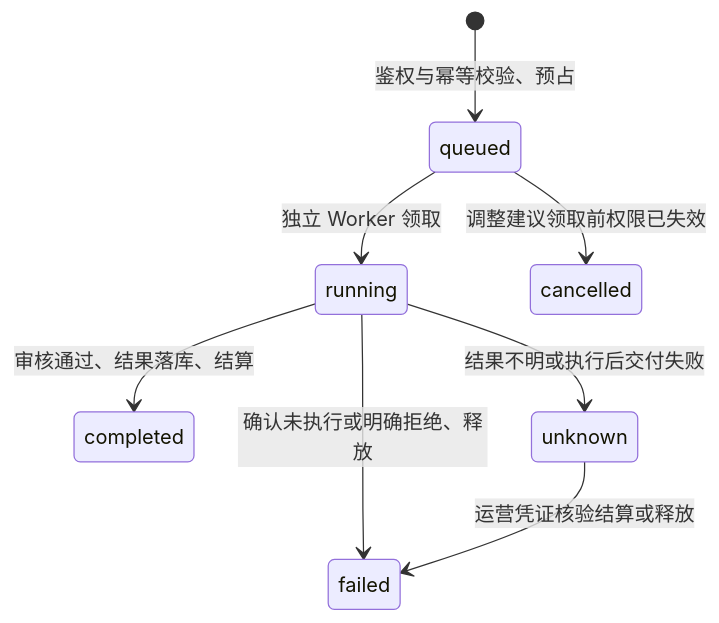
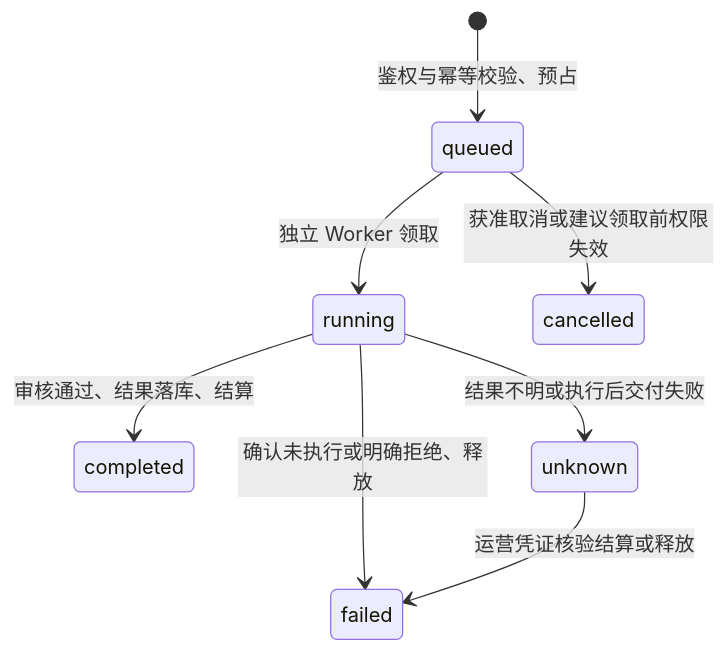
One commit to hxjyaohaohaode/AI-xiutu changed the second of 2 diagrams in docs/DESIGN.md. Above: the diagram before and after it, drawn with Mermaid. The commit also changed other lines of this file and 196 other files, not shown here.

````diff
--- a/docs/DESIGN.md
+++ b/docs/DESIGN.md
@@ -163,10 +239,10 @@
 ```mermaid
 stateDiagram-v2
     [*] --> queued: 鉴权与幂等校验、预占
     queued --> running: 独立 Worker 领取
     running --> completed: 审核通过、结果落库、结算
     running --> failed: 确认未执行或明确拒绝、释放
     running --> unknown: 结果不明或执行后交付失败
     unknown --> failed: 运营凭证核验结算或释放
-    queued --> cancelled: 调整建议领取前权限已失效
+    queued --> cancelled: 获准取消或建议领取前权限失效
 ```
````
